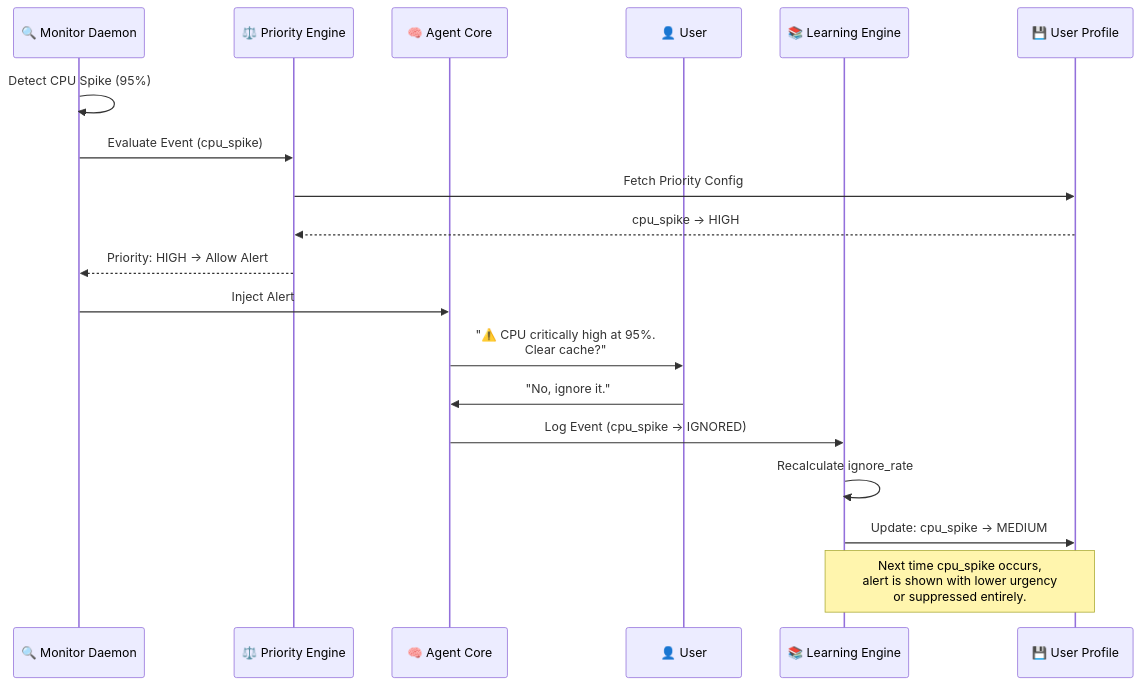
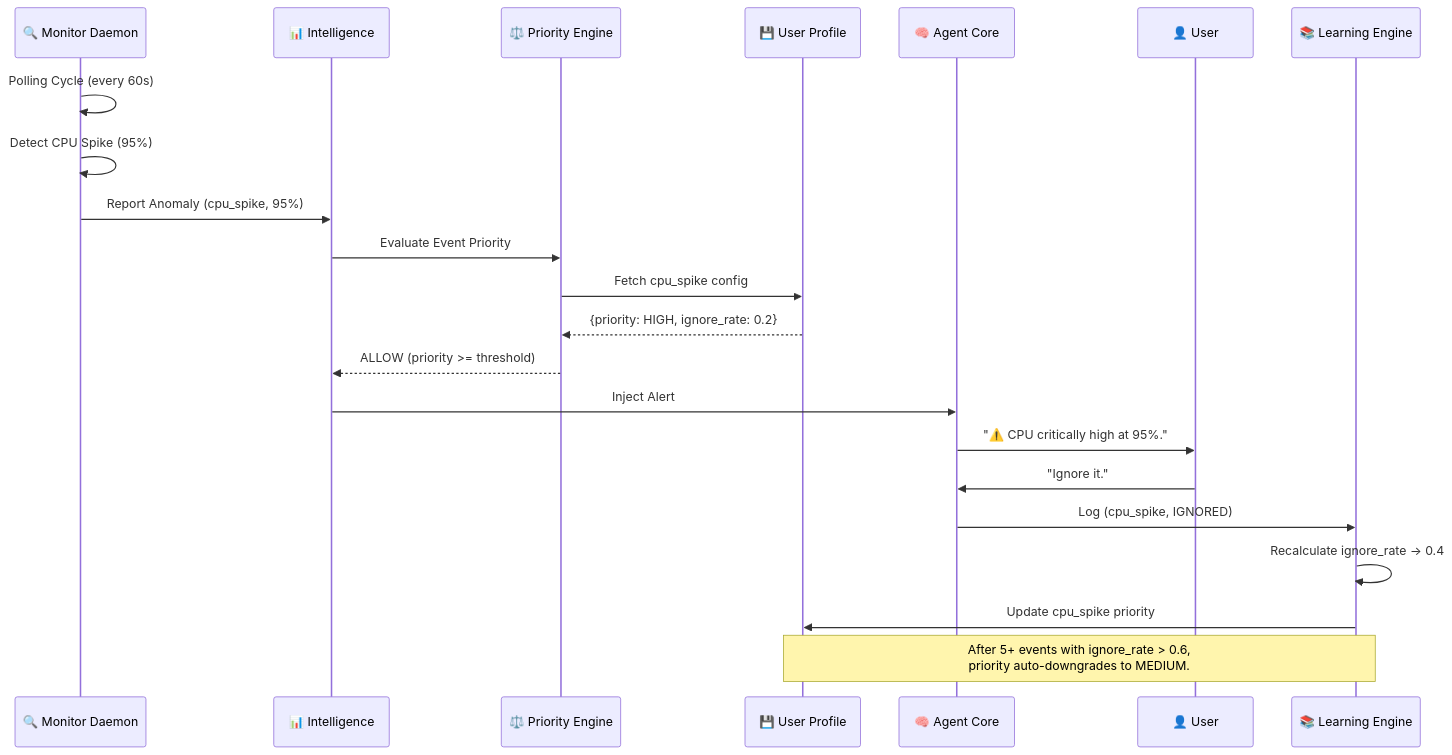
The fifth of 10 diagrams in README.md (Rexy-5097/Raptor-AI), drawn with Mermaid before and after one commit. The commit also changed other lines of this file and 1 other file, not shown here.

First line of the commit message:
Add comprehensive Mermaid diagrams and visual documentation

````diff
--- a/README.md
+++ b/README.md
@@ -238,23 +273,27 @@
 ```mermaid
 sequenceDiagram
     participant Mon as 🔍 Monitor Daemon
+    participant Intel as 📊 Intelligence
     participant PE as ⚖️ Priority Engine
+    participant UP as 💾 User Profile
     participant Agent as 🧠 Agent Core
     participant User as 👤 User
     participant LE as 📚 Learning Engine
-    participant UP as 💾 User Profile
 
+    Mon->>Mon: Polling Cycle (every 60s)
     Mon->>Mon: Detect CPU Spike (95%)
-    Mon->>PE: Evaluate Event (cpu_spike)
-    PE->>UP: Fetch Priority Config
-    UP-->>PE: cpu_spike → HIGH
-    PE-->>Mon: Priority: HIGH → Allow Alert
-    Mon->>Agent: Inject Alert
-    Agent->>User: "⚠️ CPU critically high at 95%.<br/>Clear cache?"
-    User->>Agent: "No, ignore it."
-    Agent->>LE: Log Event (cpu_spike → IGNORED)
-    LE->>LE: Recalculate ignore_rate
-    LE->>UP: Update: cpu_spike → MEDIUM
-    
-    Note over LE,UP: Next time cpu_spike occurs,<br/>alert is shown with lower urgency<br/>or suppressed entirely.
+    Mon->>Intel: Report Anomaly (cpu_spike, 95%)
+    Intel->>PE: Evaluate Event Priority
+    PE->>UP: Fetch cpu_spike config
+    UP-->>PE: {priority: HIGH, ignore_rate: 0.2}
+    PE-->>Intel: ALLOW (priority >= threshold)
+    Intel->>Agent: Inject Alert
+
+    Agent->>User: "⚠️ CPU critically high at 95%."
+    User->>Agent: "Ignore it."
+    Agent->>LE: Log (cpu_spike, IGNORED)
+    LE->>LE: Recalculate ignore_rate → 0.4
+    LE->>UP: Update cpu_spike priority
+
+    Note over LE,UP: After 5+ events with ignore_rate > 0.6,<br/>priority auto-downgrades to MEDIUM.
 ```
````
